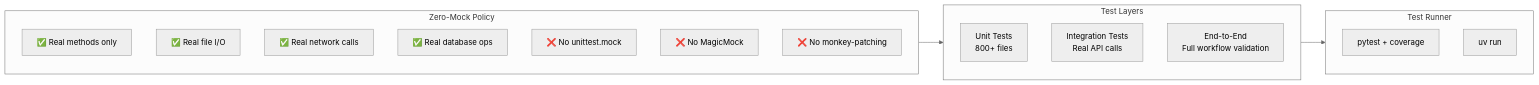
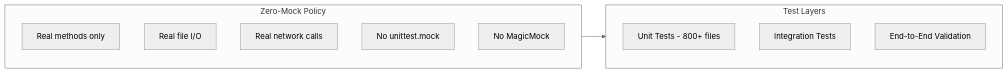
The fifth of 7 diagrams in .github/README.md (docxology/codomyrmex), drawn with Mermaid (neutral theme) before and after one commit. The commit also changed other lines of this file and 1 other file, not shown here.

````diff
--- a/.github/README.md
+++ b/.github/README.md
@@ -459,27 +498,19 @@
 ```mermaid
 graph LR
     subgraph Policy["Zero-Mock Policy"]
         direction TB
-        R1["✅ Real methods only"]
-        R2["✅ Real file I/O"]
-        R3["✅ Real network calls"]
-        R4["✅ Real database ops"]
-        R5["❌ No unittest.mock"]
-        R6["❌ No MagicMock"]
-        R7["❌ No monkey-patching"]
+        R1["Real methods only"]
+        R2["Real file I/O"]
+        R3["Real network calls"]
+        R5["No unittest.mock"]
+        R6["No MagicMock"]
     end
 
     subgraph Layers["Test Layers"]
-        Unit["Unit Tests<br/>800+ files"]
-        Integration["Integration Tests<br/>Real API calls"]
-        E2E["End-to-End<br/>Full workflow validation"]
-    end
-
-    subgraph Runner["Test Runner"]
-        Pytest["pytest + coverage"]
-        UV["uv run"]
+        Unit["Unit Tests - 800+ files"]
+        Integration["Integration Tests"]
+        E2E["End-to-End Validation"]
     end
 
     Policy --> Layers
-    Layers --> Runner
 ```
````
